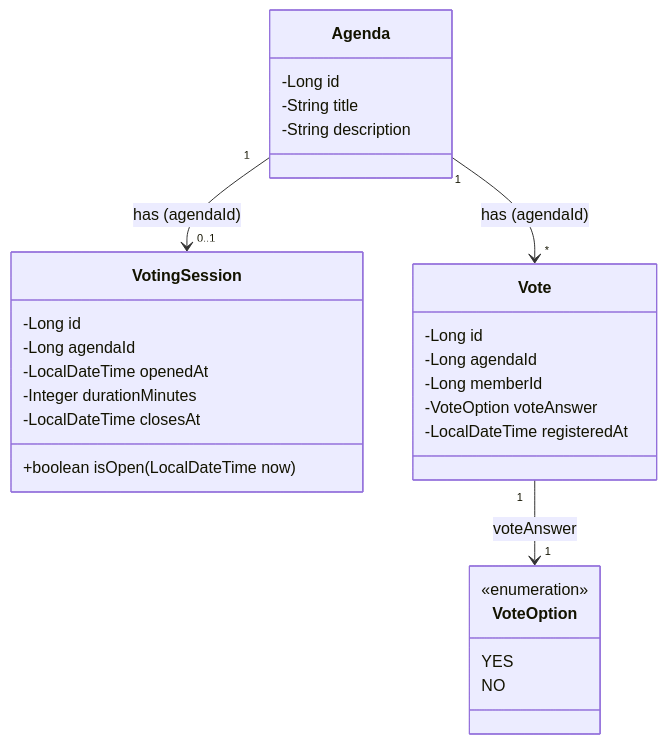
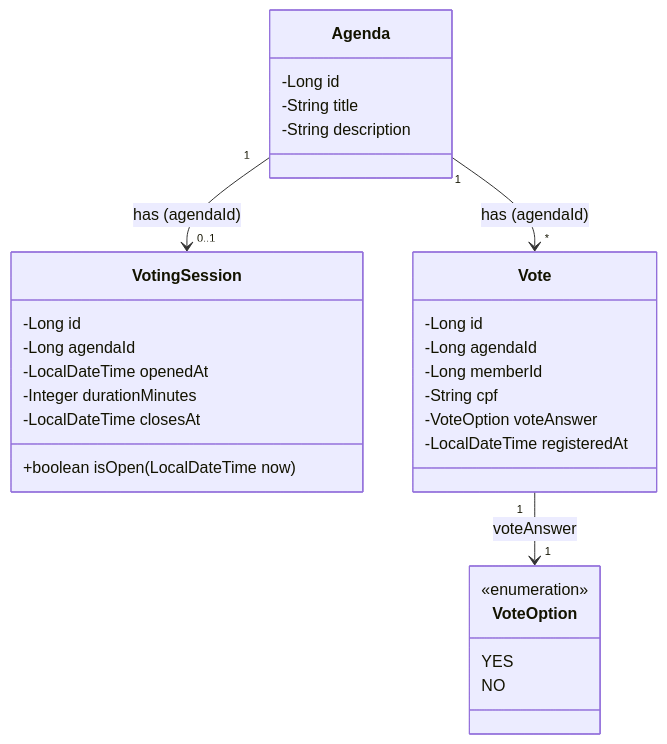
Before and after one commit to ediklecio/DESAFIO-DB-votacao-fullstack: the first of 2 diagrams in docs/02-diagrama-classes.md, drawn with Mermaid. The commit also changed other lines of this file and 3 other files, not shown here.

````diff
--- a/docs/02-diagrama-classes.md
+++ b/docs/02-diagrama-classes.md
@@ -11,35 +11,36 @@
 ```mermaid
 classDiagram
     class Agenda {
         -Long id
         -String title
         -String description
     }
 
     class VotingSession {
         -Long id
         -Long agendaId
         -LocalDateTime openedAt
         -Integer durationMinutes
         -LocalDateTime closesAt
         +boolean isOpen(LocalDateTime now)
     }
 
     class Vote {
         -Long id
         -Long agendaId
         -Long memberId
+        -String cpf
         -VoteOption voteAnswer
         -LocalDateTime registeredAt
     }
 
     class VoteOption {
         <<enumeration>>
         YES
         NO
     }
 
     Agenda "1" --> "0..1" VotingSession : has (agendaId)
     Agenda "1" --> "*" Vote : has (agendaId)
     Vote "1" --> "1" VoteOption : voteAnswer
 ```
````
